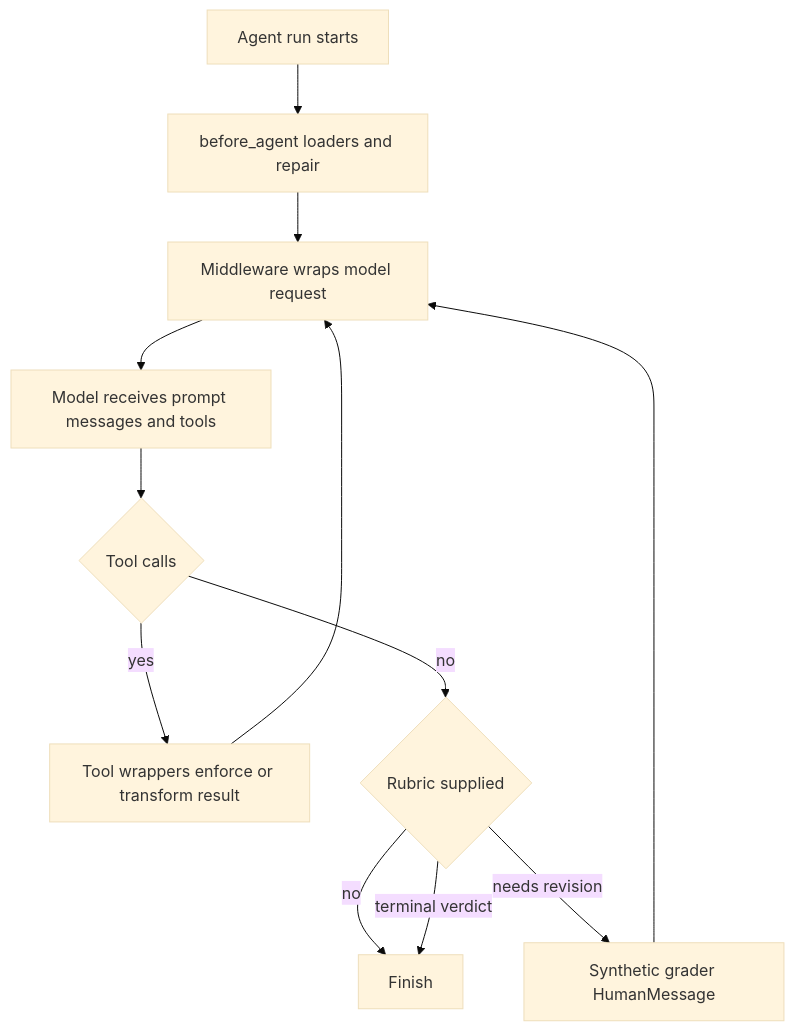
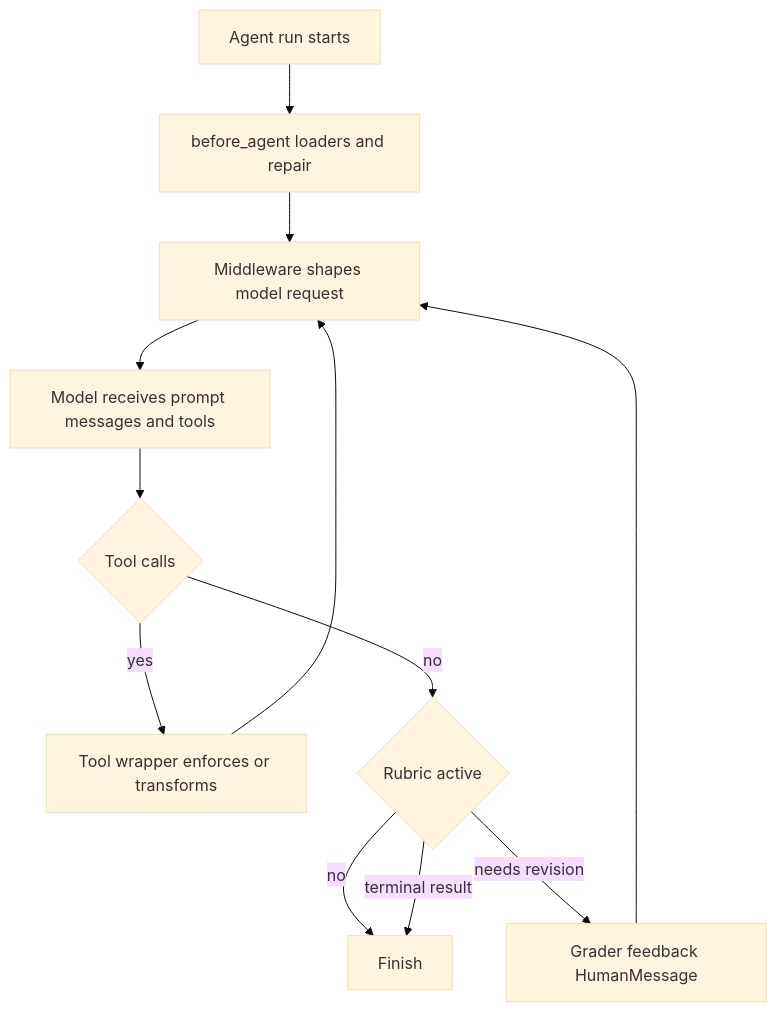
Before and after one commit to langchain-ai/deepagents: the diagram in openwiki/concepts/middleware-catalog.md, drawn with Mermaid (base theme). The commit also changed other lines of this file and 62 other files, not shown here.

````diff
--- a/openwiki/concepts/middleware-catalog.md
+++ b/openwiki/concepts/middleware-catalog.md
@@ -73,14 +72,14 @@
 ```mermaid
 flowchart TD
-    Start["Agent run starts"] --> Before["before_agent loaders and repair"]
-    Before --> Request["Middleware wraps model request"]
+    Start["Agent run starts"] --> Load["before_agent loaders and repair"]
+    Load --> Request["Middleware shapes model request"]
     Request --> Model["Model receives prompt messages and tools"]
     Model --> Calls{"Tool calls"}
-    Calls -->|"yes"| ToolWrap["Tool wrappers enforce or transform result"]
+    Calls -->|"yes"| ToolWrap["Tool wrapper enforces or transforms"]
     ToolWrap --> Request
-    Calls -->|"no"| Rubric{"Rubric supplied"}
-    Rubric -->|"no"| Finish["Finish"]
-    Rubric -->|"needs revision"| Feedback["Synthetic grader HumanMessage"]
+    Calls -->|"no"| Grade{"Rubric active"}
+    Grade -->|"no"| Finish["Finish"]
+    Grade -->|"needs revision"| Feedback["Grader feedback HumanMessage"]
     Feedback --> Request
-    Rubric -->|"terminal verdict"| Finish
+    Grade -->|"terminal result"| Finish
 ```
````
